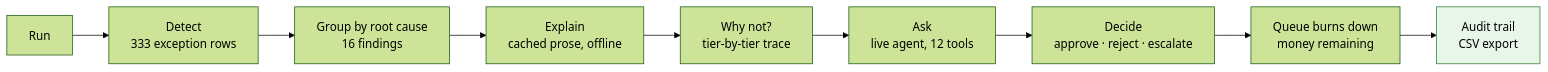
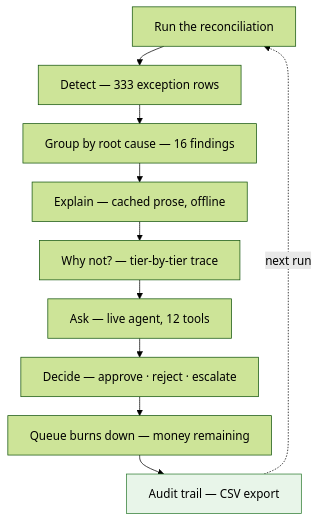
Before and after one commit to Pulastya-B/FinRecon: the third of 4 diagrams in README.md, drawn with Mermaid (forest theme). The commit also changed other lines of this file, not shown here.

````diff
--- a/README.md
+++ b/README.md
@@ -243,13 +238,15 @@
 ```mermaid
-flowchart LR
-    RUN["Run"] --> DETECT["Detect<br/>333 exception rows"]
-    DETECT --> GROUP["Group by root cause<br/>16 findings"]
-    GROUP --> EXPLAIN["Explain<br/>cached prose, offline"]
-    EXPLAIN --> INTERROGATE["Why not?<br/>tier-by-tier trace"]
-    INTERROGATE --> ASK["Ask<br/>live agent, 12 tools"]
-    ASK --> DECIDE["Decide<br/>approve · reject · escalate"]
-    DECIDE --> BURN["Queue burns down<br/>money remaining"]
-    BURN --> AUDIT["Audit trail<br/>CSV export"]
+%%{init: {"flowchart": {"rankSpacing": 26, "nodeSpacing": 26, "wrappingWidth": 400}}}%%
+flowchart TB
+    RUN["Run the reconciliation"] --> DETECT["Detect — 333 exception rows"]
+    DETECT --> GROUP["Group by root cause — 16 findings"]
+    GROUP --> EXPLAIN["Explain — cached prose, offline"]
+    EXPLAIN --> INTERROGATE["Why not? — tier-by-tier trace"]
+    INTERROGATE --> ASK["Ask — live agent, 12 tools"]
+    ASK --> DECIDE["Decide — approve · reject · escalate"]
+    DECIDE --> BURN["Queue burns down — money remaining"]
+    BURN --> AUDIT["Audit trail — CSV export"]
+    AUDIT -.->|next run| RUN
 
     style AUDIT fill:#e8f5e9,stroke:#2e7d32
 ```
````
